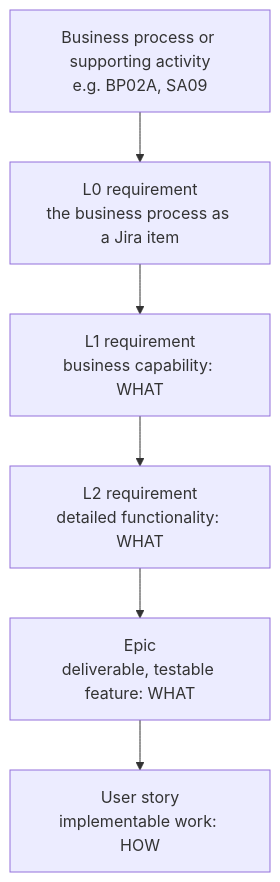
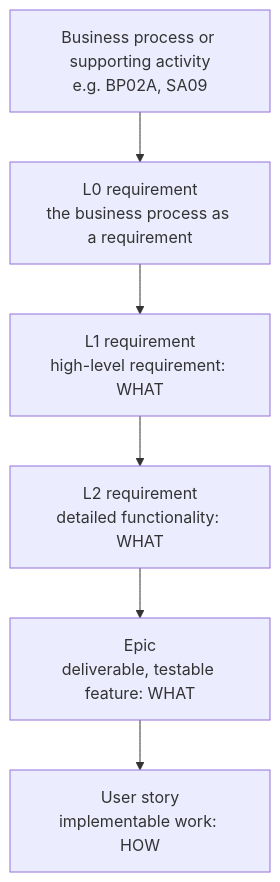
One commit to barrynauta/simpl-local changed the diagram in requirements-poc/levels.md. Above: the diagram before and after it, drawn with Mermaid. The commit also changed other lines of this file and 15 other files, not shown here.

Commit message:
requirements-poc: drop tool names, describe L1 as high-level requirement

````diff
--- a/requirements-poc/levels.md
+++ b/requirements-poc/levels.md
@@ -7,9 +7,9 @@
 ```mermaid
 graph TD
     BP["Business process or supporting activity<br/>e.g. BP02A, SA09"] --> L0
-    L0["L0 requirement<br/>the business process as a Jira item"] --> L1
-    L1["L1 requirement<br/>business capability: WHAT"] --> L2
+    L0["L0 requirement<br/>the business process as a requirement"] --> L1
+    L1["L1 requirement<br/>high-level requirement: WHAT"] --> L2
     L2["L2 requirement<br/>detailed functionality: WHAT"] --> EP
     EP["Epic<br/>deliverable, testable feature: WHAT"] --> US
     US["User story<br/>implementable work: HOW"]
 ```
````
